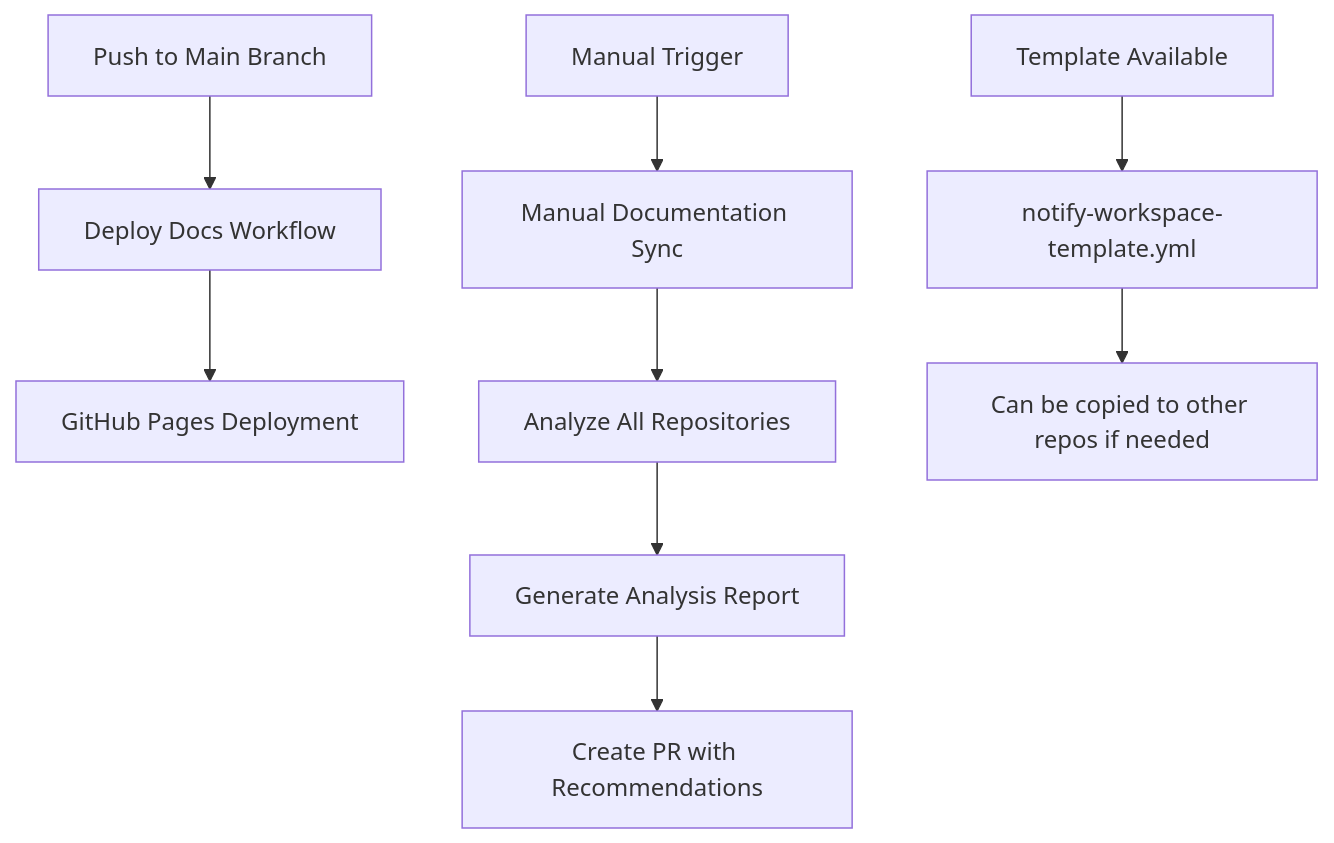
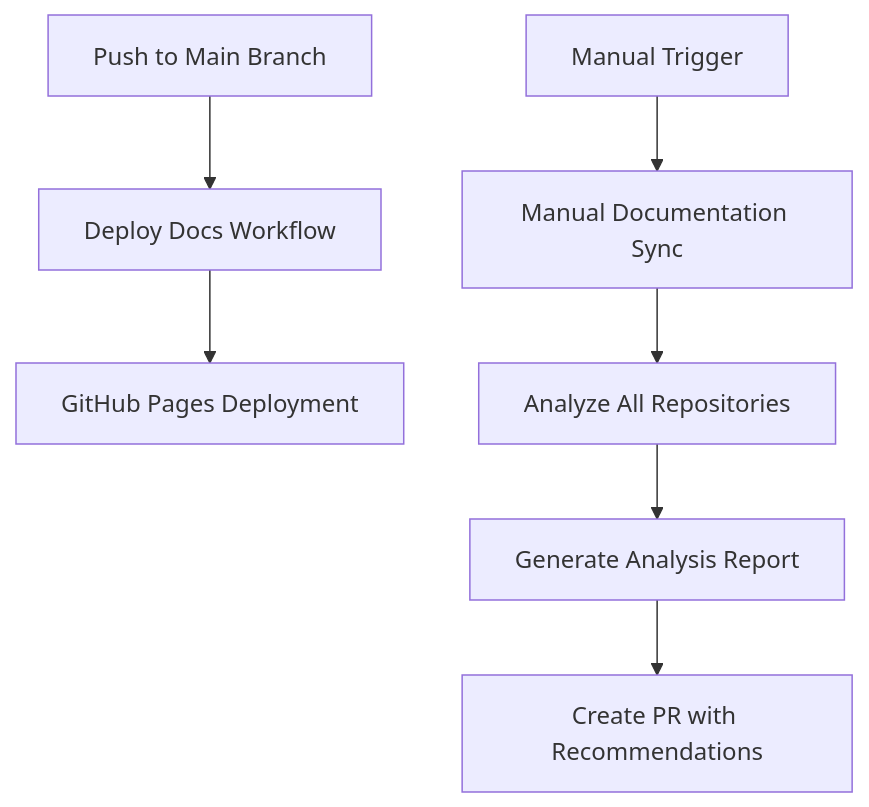
Before and after one commit to toplocs/toplocs-workspace: the diagram in docs/automation/automated-context-updates.md, drawn with Mermaid. The commit also changed other lines of this file and 1 other file, not shown here.

First line of the commit message:
Remove unused notify-workspace-template.yml and update docs

````diff
--- a/docs/automation/automated-context-updates.md
+++ b/docs/automation/automated-context-updates.md
@@ -15,13 +15,10 @@
 ```mermaid
 graph TD
     A[Push to Main Branch] --> B[Deploy Docs Workflow]
     B --> C[GitHub Pages Deployment]
     
     D[Manual Trigger] --> E[Manual Documentation Sync]
     E --> F[Analyze All Repositories]
     F --> G[Generate Analysis Report]
     G --> H[Create PR with Recommendations]
-    
-    I[Template Available] --> J[notify-workspace-template.yml]
-    J --> K[Can be copied to other repos if needed]
 ```
````
